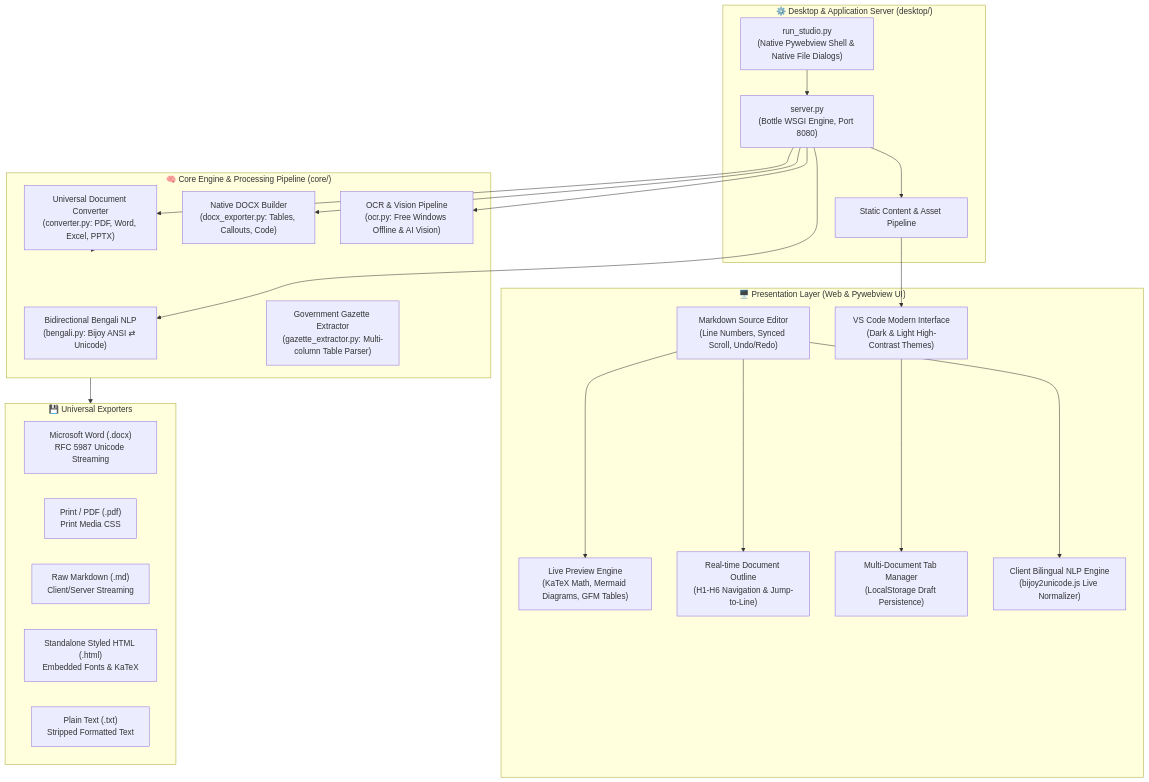
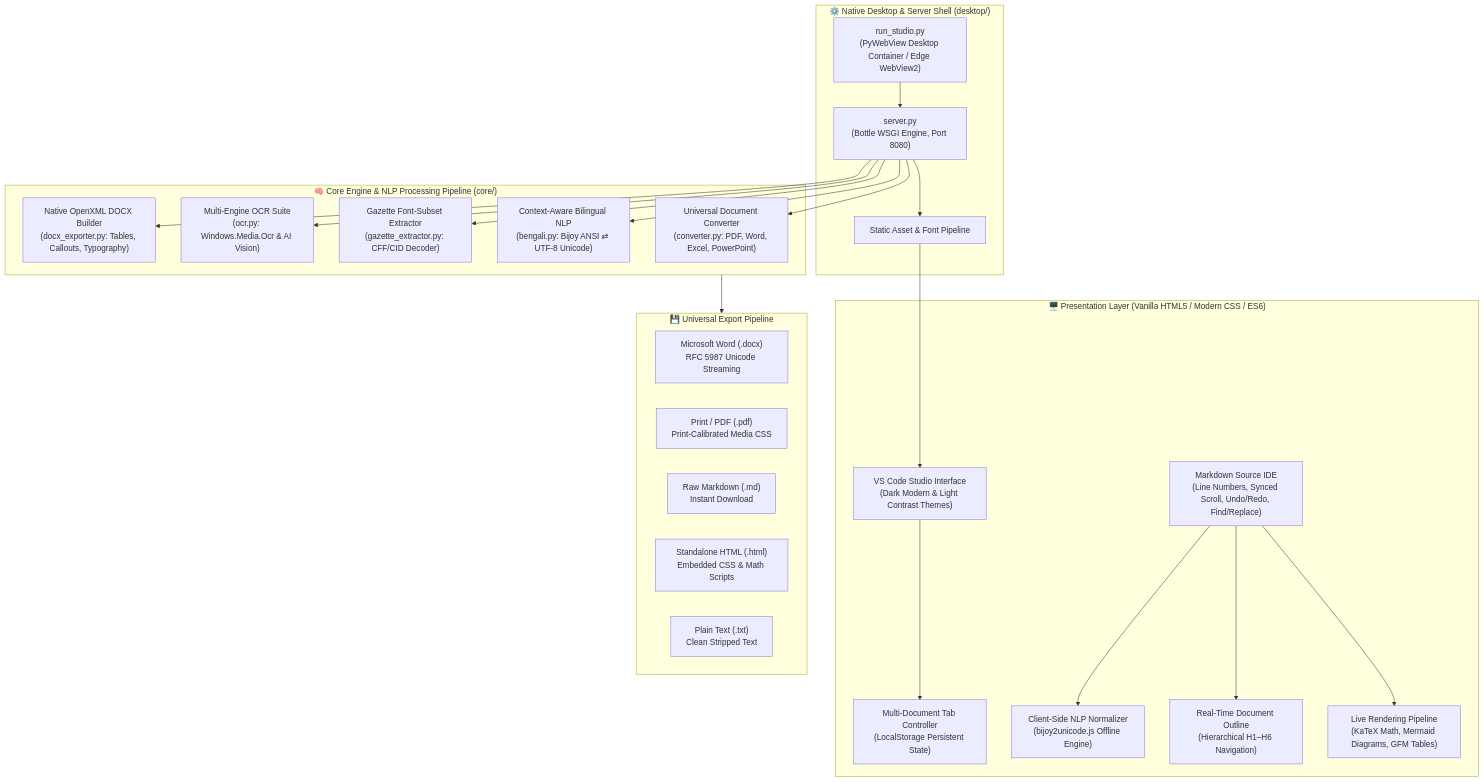
The first of 2 diagrams in README.md (syedarifulislamemon2010/_markitdown_), drawn with Mermaid before and after one commit. The commit also changed other lines of this file and 9 other files, not shown here.

Commit message:
Implement Phase 2 & 3: Direct Headless PDF Exporter, Word Image & Math Embedding, Presentation Slideshow Mode, Visual GUI Table Assistant, Workspace Folder Explorer, and Batch File Converter

````diff
--- a/README.md
+++ b/README.md
@@ -32,47 +31,47 @@
 ```mermaid
 flowchart TB
-    subgraph ClientLayer["🖥️ Presentation Layer (Web & Pywebview UI)"]
-        UI["VS Code Modern Interface\n(Dark & Light High-Contrast Themes)"]
-        Editor["Markdown Source Editor\n(Line Numbers, Synced Scroll, Undo/Redo)"]
-        Preview["Live Preview Engine\n(KaTeX Math, Mermaid Diagrams, GFM Tables)"]
-        Outline["Real-time Document Outline\n(H1-H6 Navigation & Jump-to-Line)"]
-        TabManager["Multi-Document Tab Manager\n(LocalStorage Draft Persistence)"]
-        ClientNLP["Client Bilingual NLP Engine\n(bijoy2unicode.js Live Normalizer)"]
+    subgraph ClientLayer["🖥️ Presentation Layer (Vanilla HTML5 / Modern CSS / ES6)"]
+        UI["VS Code Studio Interface\n(Dark Modern & Light Contrast Themes)"]
+        Editor["Markdown Source IDE\n(Line Numbers, Synced Scroll, Undo/Redo, Find/Replace)"]
+        Preview["Live Rendering Pipeline\n(KaTeX Math, Mermaid Diagrams, GFM Tables)"]
+        Outline["Real-Time Document Outline\n(Hierarchical H1–H6 Navigation)"]
+        TabManager["Multi-Document Tab Controller\n(LocalStorage Persistent State)"]
+        ClientNLP["Client-Side NLP Normalizer\n(bijoy2unicode.js Offline Engine)"]
     end
 
-    subgraph DesktopLayer["⚙️ Desktop & Application Server (desktop/)"]
-        Launcher["run_studio.py\n(Native Pywebview Shell & Native File Dialogs)"]
+    subgraph DesktopLayer["⚙️ Native Desktop & Server Shell (desktop/)"]
+        Launcher["run_studio.py\n(PyWebView Desktop Container / Edge WebView2)"]
         WSGIServer["server.py\n(Bottle WSGI Engine, Port 8080)"]
-        StaticRouter["Static Content & Asset Pipeline"]
+        StaticRouter["Static Asset & Font Pipeline"]
     end
 
-    subgraph CoreEngine["🧠 Core Engine & Processing Pipeline (core/)"]
-        DocConverter["Universal Document Converter\n(converter.py: PDF, Word, Excel, PPTX)"]
-        BengaliNLP["Bidirectional Bengali NLP\n(bengali.py: Bijoy ANSI ⇄ Unicode)"]
-        DocxExporter["Native DOCX Builder\n(docx_exporter.py: Tables, Callouts, Code)"]
-        OCREngine["OCR & Vision Pipeline\n(ocr.py: Free Windows Offline & AI Vision)"]
-        GazetteEngine["Government Gazette Extractor\n(gazette_extractor.py: Multi-column Table Parser)"]
+    subgraph CoreEngine["🧠 Core Engine & NLP Processing Pipeline (core/)"]
+        DocConverter["Universal Document Converter\n(converter.py: PDF, Word, Excel, PowerPoint)"]
+        BengaliNLP["Context-Aware Bilingual NLP\n(bengali.py: Bijoy ANSI ⇄ UTF-8 Unicode)"]
+        GazetteEngine["Gazette Font-Subset Extractor\n(gazette_extractor.py: CFF/CID Decoder)"]
+        OCREngine["Multi-Engine OCR Suite\n(ocr.py: Windows.Media.Ocr & AI Vision)"]
+        DocxExporter["Native OpenXML DOCX Builder\n(docx_exporter.py: Tables, Callouts, Typography)"]
     end
 
-    subgraph ExportLayer["💾 Universal Exporters"]
+    subgraph ExportLayer["💾 Universal Export Pipeline"]
         ExportWord["Microsoft Word (.docx)\nRFC 5987 Unicode Streaming"]
-        ExportPDF["Print / PDF (.pdf)\nPrint Media CSS"]
-        ExportMD["Raw Markdown (.md)\nClient/Server Streaming"]
-        ExportHTML["Standalone Styled HTML (.html)\nEmbedded Fonts & KaTeX"]
-        ExportTXT["Plain Text (.txt)\nStripped Formatted Text"]
+        ExportPDF["Print / PDF (.pdf)\nPrint-Calibrated Media CSS"]
+        ExportMD["Raw Markdown (.md)\nInstant Download"]
+        ExportHTML["Standalone HTML (.html)\nEmbedded CSS & Math Scripts"]
+        ExportTXT["Plain Text (.txt)\nClean Stripped Text"]
     end
 
     UI --> TabManager
     Editor --> Preview
     Editor --> Outline
     Editor --> ClientNLP
     Launcher --> WSGIServer
     WSGIServer --> StaticRouter
     StaticRouter --> UI
     WSGIServer --> DocConverter
     WSGIServer --> BengaliNLP
+    WSGIServer --> GazetteEngine
+    WSGIServer --> OCREngine
     WSGIServer --> DocxExporter
-    WSGIServer --> OCREngine
-    DocConverter --> CoreEngine
     CoreEngine --> ExportLayer
 ```
````
